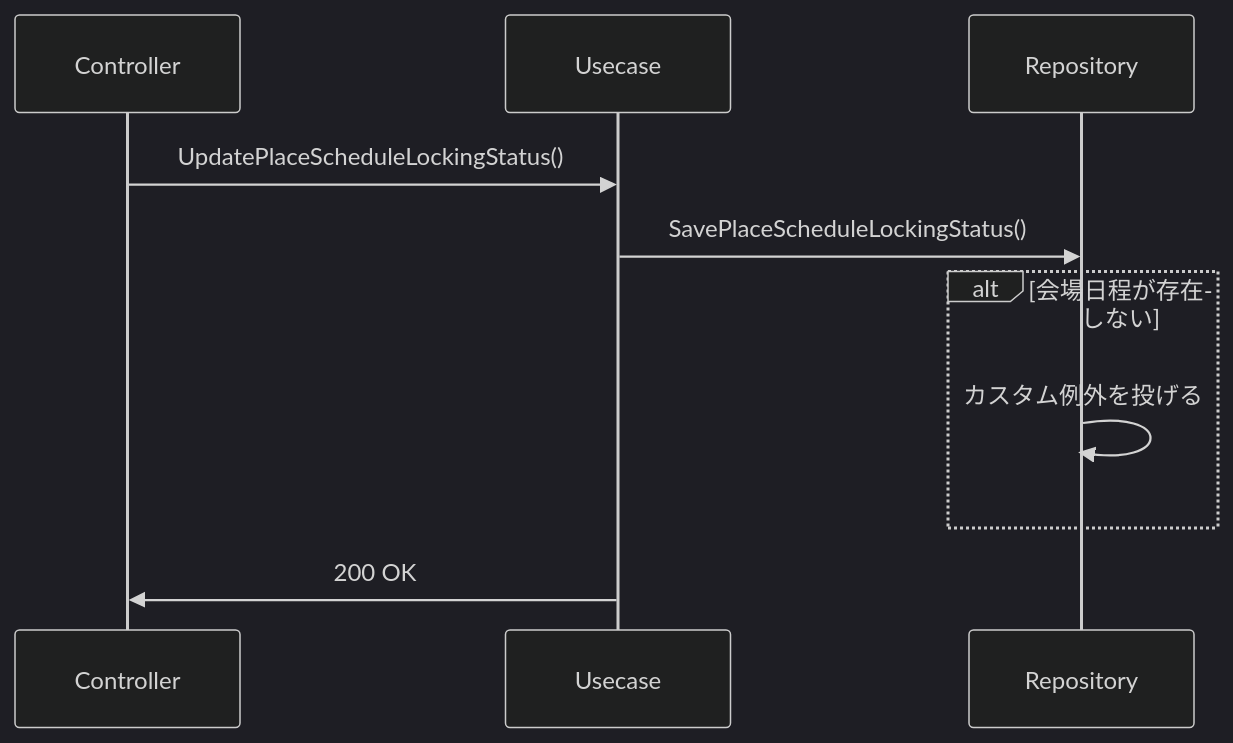
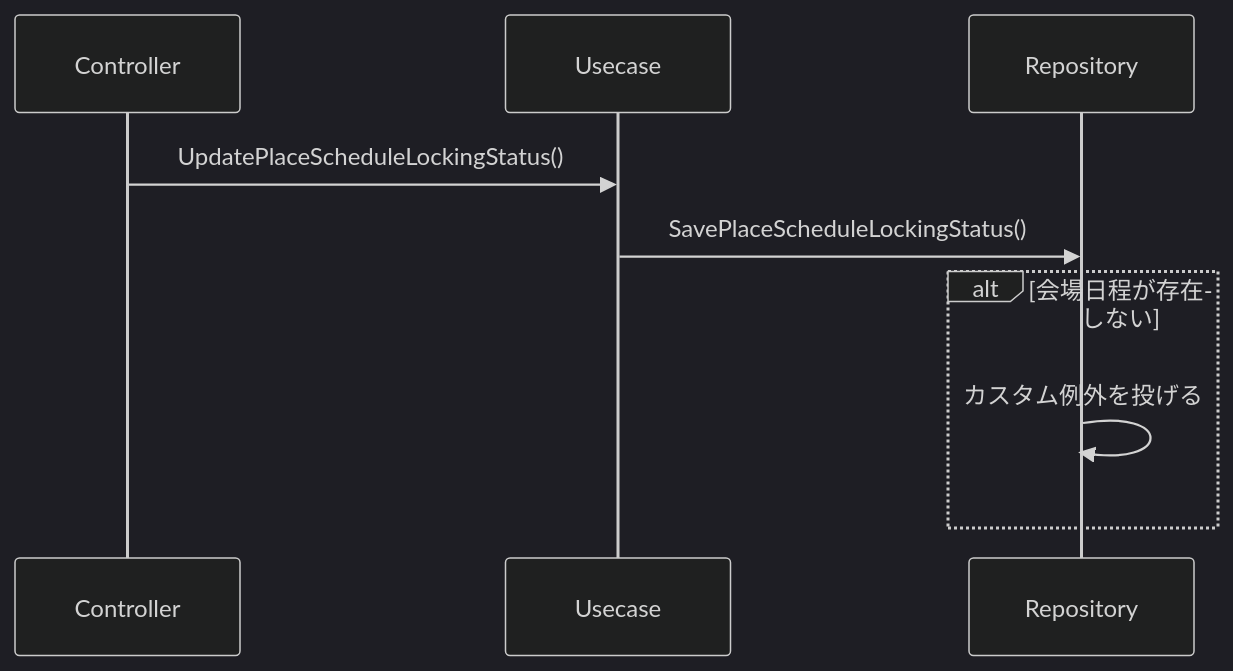
The ninth of 33 diagrams in Documents/API設計書/src/docs/5_ユースケース.adoc (MrWangpeilin945/FlutterIOS), drawn with Mermaid (dark theme) before and after one commit. The commit also changed other lines of this file, not shown here.

```diff
--- a/Documents/API設計書/src/docs/5_ユースケース.adoc
+++ b/Documents/API設計書/src/docs/5_ユースケース.adoc
@@ -154,15 +154,14 @@
 [mermaid,UpdatePlaceScheduleLockingStatus-u-seq,png]
 ----
 sequenceDiagram
   participant con as Controller
   participant uc as Usecase
   participant repo as Repository
 
   con->>uc: UpdatePlaceScheduleLockingStatus()
   uc->>repo: SavePlaceScheduleLockingStatus()
   alt 会場日程が存在しない
     repo->>repo: カスタム例外を投げる
   end
-  uc->>con: 200 OK
 
 ----
```
